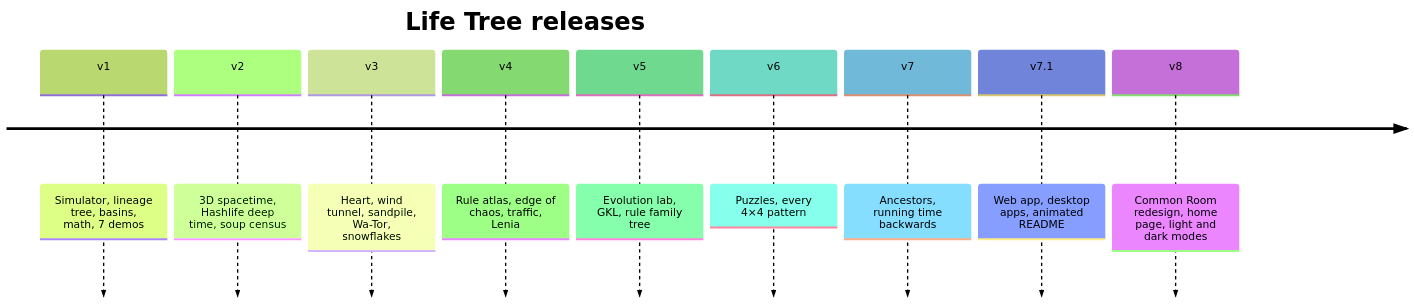
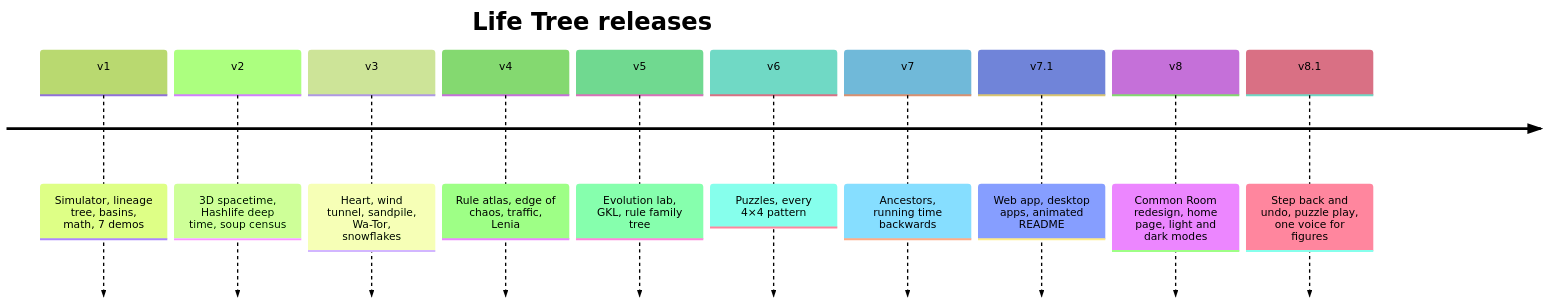
The second of 4 diagrams in README.md (Normansrule/game-of-life), drawn with Mermaid (forest theme) before and after one commit. The commit also changed other lines of this file and 43 other files, not shown here.

First line of the commit message:
Life Tree 8.1: step back, undo, Go-board puzzles, one voice for figures

````diff
--- a/README.md
+++ b/README.md
@@ -76,13 +76,14 @@
 ```mermaid
 timeline
   title Life Tree releases
   v1 : Simulator, lineage tree, basins, math, 7 demos
   v2 : 3D spacetime, Hashlife deep time, soup census
   v3 : Heart, wind tunnel, sandpile, Wa-Tor, snowflakes
   v4 : Rule atlas, edge of chaos, traffic, Lenia
   v5 : Evolution lab, GKL, rule family tree
   v6 : Puzzles, every 4×4 pattern
   v7 : Ancestors, running time backwards
   v7.1 : Web app, desktop apps, animated README
   v8 : Common Room redesign, home page, light and dark modes
+  v8.1 : Step back and undo, puzzle play, one voice for figures
 ```
````
